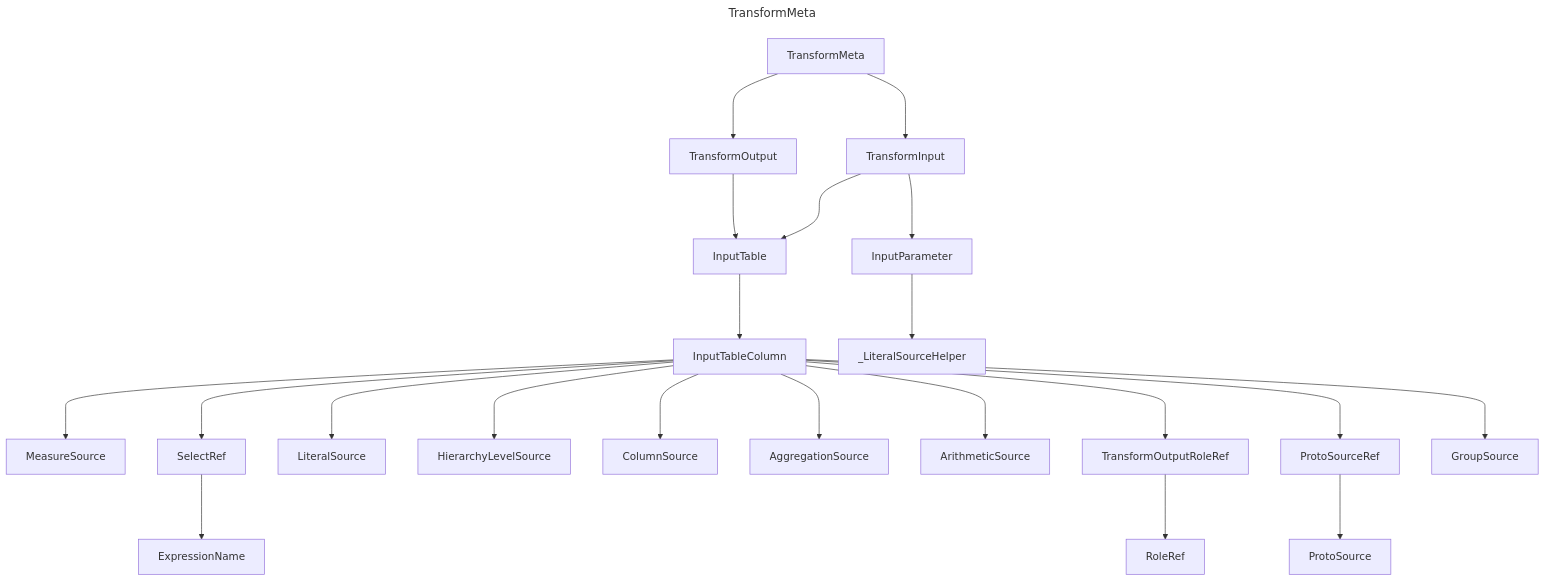
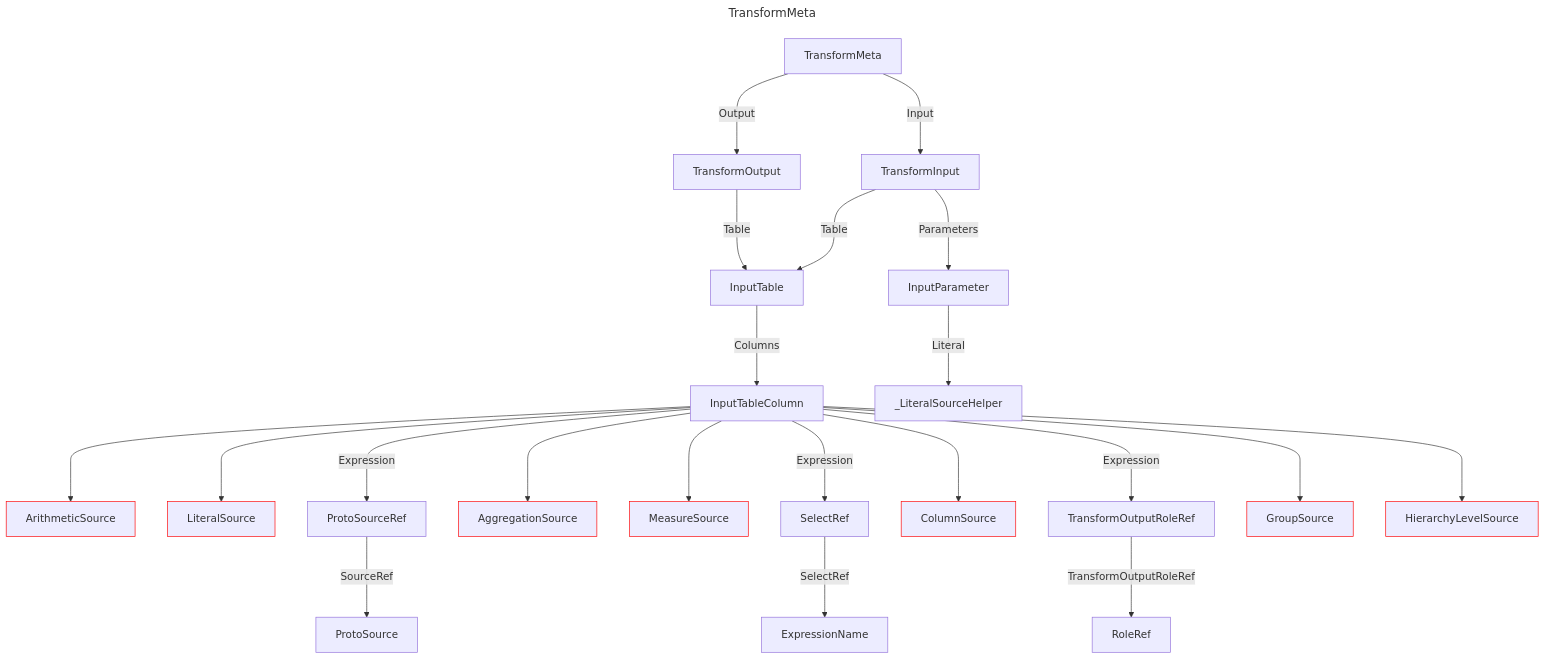
One commit to douglassimonsen/pbi_core changed the diagram in docs/docs/layout/erd/TransformMeta.md. Above: the diagram before and after it, drawn with Mermaid. The commit also changed 77 other files, not shown here.

Commit message:
Updated to color code the layout ERD

````diff
--- a/docs/docs/layout/erd/TransformMeta.md
+++ b/docs/docs/layout/erd/TransformMeta.md
@@ -1,46 +1,53 @@
 ```mermaid
 ---
 title: TransformMeta
 ---
 graph 
-2722076096752["InputParameter"]
-2721642009152["MeasureSource"]
-2721642039408["ProtoSource"]
-2722076103584["InputTableColumn"]
-2721642024768["TransformOutputRoleRef"]
-2721642022816["LiteralSource"]
-2721642040384["RoleRef"]
-2722076100656["InputTable"]
-2722076105536["TransformInput"]
-2722076090896["TransformOutput"]
-2721642012080["HierarchyLevelSource"]
-2721642014032["ColumnSource"]
-2722076116272["TransformMeta"]
-2721642003296["AggregationSource"]
-2721642038432["_LiteralSourceHelper"]
-2721642013056["ExpressionName"]
-2721642031600["ArithmeticSource"]
-2721642016960["SelectRef"]
-2721642023792["ProtoSourceRef"]
-2721642035504["GroupSource"]
-2722076103584 ---> 2721642009152
-2722076103584 ---> 2721642016960
-2722076100656 ---> 2722076103584
-2722076103584 ---> 2721642035504
-2722076103584 ---> 2721642022816
-2722076105536 ---> 2722076096752
-2722076090896 ---> 2722076100656
-2722076103584 ---> 2721642024768
-2722076105536 ---> 2722076100656
-2722076103584 ---> 2721642003296
-2721642024768 ---> 2721642040384
-2722076103584 ---> 2721642012080
-2721642023792 ---> 2721642039408
-2721642016960 ---> 2721642013056
-2722076116272 ---> 2722076105536
-2722076096752 ---> 2721642038432
-2722076103584 ---> 2721642023792
-2722076103584 ---> 2721642014032
-2722076103584 ---> 2721642031600
-2722076116272 ---> 2722076090896
+2430071820688["RoleRef"]
+2430071382416["ArithmeticSource"]
+style 2430071382416 stroke:#ff0000,stroke-width:1px
+2430071816784["LiteralSource"]
+style 2430071816784 stroke:#ff0000,stroke-width:1px
+2430071814832["TransformOutputRoleRef"]
+2430071953424["InputTable"]
+2430071366800["ExpressionName"]
+2430071949520["TransformMeta"]
+2430071950496["TransformInput"]
+2430071358016["AggregationSource"]
+style 2430071358016 stroke:#ff0000,stroke-width:1px
+2430071359968["MeasureSource"]
+style 2430071359968 stroke:#ff0000,stroke-width:1px
+2430071825568["ProtoSourceRef"]
+2430071365824["ColumnSource"]
+style 2430071365824 stroke:#ff0000,stroke-width:1px
+2430071356064["SelectRef"]
+2430071931952["InputParameter"]
+2430071808976["GroupSource"]
+style 2430071808976 stroke:#ff0000,stroke-width:1px
+2430071962208["InputTableColumn"]
+2430071819712["ProtoSource"]
+2430071961232["TransformOutput"]
+2430071363872["HierarchyLevelSource"]
+style 2430071363872 stroke:#ff0000,stroke-width:1px
+2430071807024["_LiteralSourceHelper"]
+2430071962208 ---> 2430071359968
+2430071962208 ---> 2430071816784
+2430071962208 --->|Expression| 2430071825568
+2430071962208 ---> 2430071808976
+2430071825568 --->|SourceRef| 2430071819712
+2430071953424 --->|Columns| 2430071962208
+2430071814832 --->|TransformOutputRoleRef| 2430071820688
+2430071962208 --->|Expression| 2430071356064
+2430071962208 ---> 2430071382416
+2430071962208 ---> 2430071365824
+2430071949520 --->|Output| 2430071961232
+2430071961232 --->|Table| 2430071953424
+2430071356064 --->|SelectRef| 2430071366800
+2430071949520 --->|Input| 2430071950496
+2430071962208 ---> 2430071363872
+2430071962208 ---> 2430071358016
+2430071962208 --->|Expression| 2430071814832
+2430071950496 --->|Parameters| 2430071931952
+2430071950496 --->|Table| 2430071953424
+2430071931952 --->|Literal| 2430071807024
 ```
````
